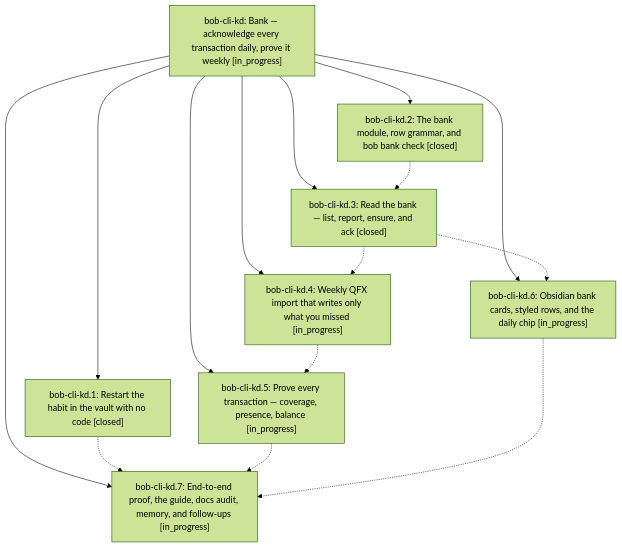
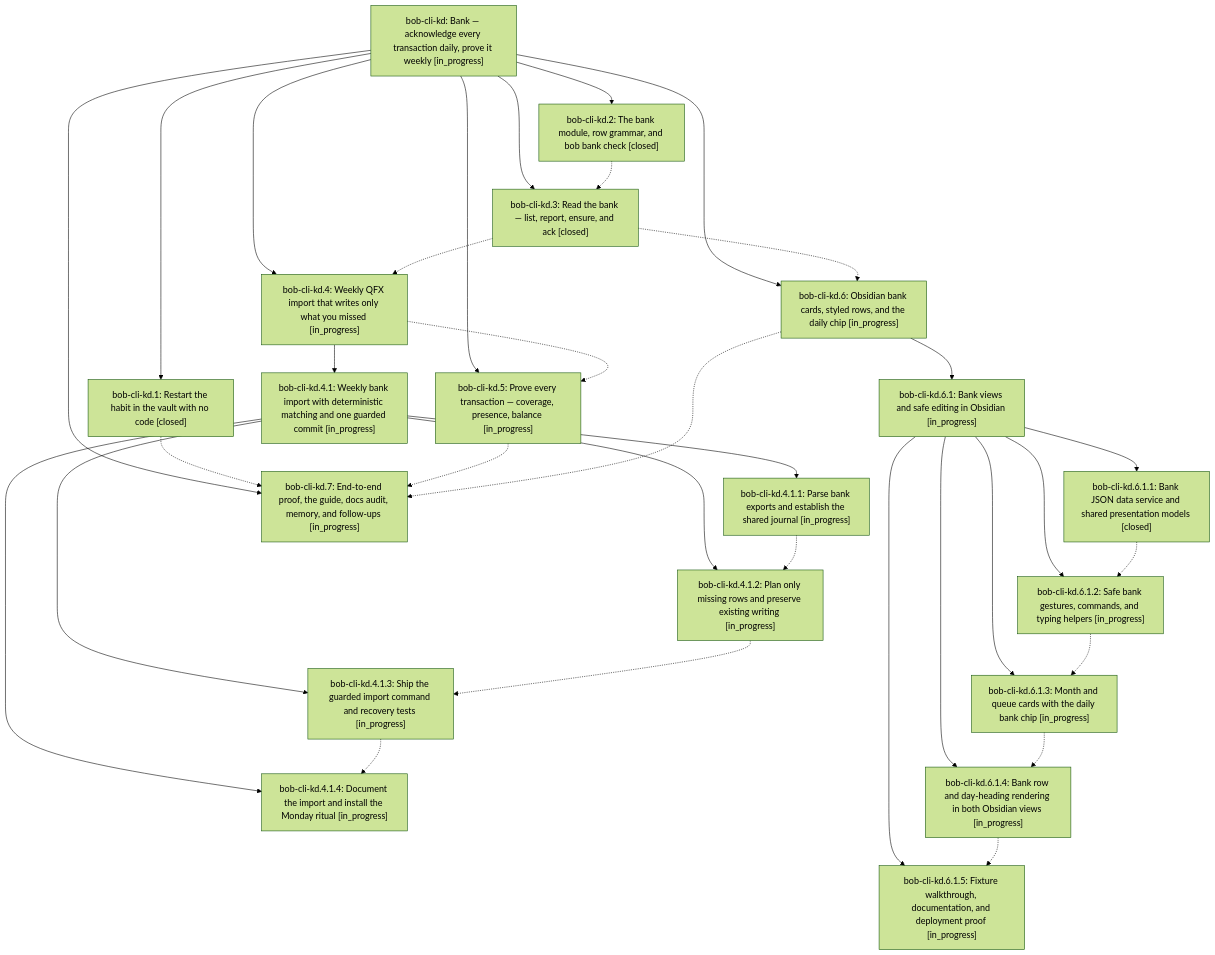
The diagram in pages/bob-cli-kd/README.md (bobs-org/bob-cli--beads), drawn with Mermaid (forest theme) before and after one commit. The commit also changed other lines of this file and 14 other files, not shown here.

First line of the commit message:
chore(beads): sync bead state and pages for bob-cli-kd

````diff
--- a/pages/bob-cli-kd/README.md
+++ b/pages/bob-cli-kd/README.md
@@ -40,25 +42,54 @@
 ```mermaid
 flowchart TD
     n0["bob-cli-kd: Bank — acknowledge every transaction daily, prove it weekly [in_progress]"]
     n1["bob-cli-kd.1: Restart the habit in the vault with no code [closed]"]
     n2["bob-cli-kd.2: The bank module, row grammar, and bob bank check [closed]"]
     n3["bob-cli-kd.3: Read the bank — list, report, ensure, and ack [closed]"]
     n4["bob-cli-kd.4: Weekly QFX import that writes only what you missed [in_progress]"]
-    n5["bob-cli-kd.5: Prove every transaction — coverage, presence, balance [in_progress]"]
-    n6["bob-cli-kd.6: Obsidian bank cards, styled rows, and the daily chip [in_progress]"]
-    n7["bob-cli-kd.7: End-to-end proof, the guide, docs audit, memory, and follow-ups [in_progress]"]
+    n5["bob-cli-kd.4.1: Weekly bank import with deterministic matching and one guarded commit [in_progress]"]
+    n6["bob-cli-kd.4.1.1: Parse bank exports and establish the shared journal [in_progress]"]
+    n7["bob-cli-kd.4.1.2: Plan only missing rows and preserve existing writing [in_progress]"]
+    n8["bob-cli-kd.4.1.3: Ship the guarded import command and recovery tests [in_progress]"]
+    n9["bob-cli-kd.4.1.4: Document the import and install the Monday ritual [in_progress]"]
+    n10["bob-cli-kd.5: Prove every transaction — coverage, presence, balance [in_progress]"]
+    n11["bob-cli-kd.6: Obsidian bank cards, styled rows, and the daily chip [in_progress]"]
+    n12["bob-cli-kd.6.1: Bank views and safe editing in Obsidian [in_progress]"]
+    n13["bob-cli-kd.6.1.1: Bank JSON data service and shared presentation models [closed]"]
+    n14["bob-cli-kd.6.1.2: Safe bank gestures, commands, and typing helpers [in_progress]"]
+    n15["bob-cli-kd.6.1.3: Month and queue cards with the daily bank chip [in_progress]"]
+    n16["bob-cli-kd.6.1.4: Bank row and day-heading rendering in both Obsidian views [in_progress]"]
+    n17["bob-cli-kd.6.1.5: Fixture walkthrough, documentation, and deployment proof [in_progress]"]
+    n18["bob-cli-kd.7: End-to-end proof, the guide, docs audit, memory, and follow-ups [in_progress]"]
     n0 --> n1
     n0 --> n2
     n0 --> n3
     n0 --> n4
-    n0 --> n5
-    n0 --> n6
-    n0 --> n7
-    n1 -.-> n7
+    n4 --> n5
+    n5 --> n6
+    n5 --> n7
+    n5 --> n8
+    n5 --> n9
+    n0 --> n10
+    n0 --> n11
+    n11 --> n12
+    n12 --> n13
+    n12 --> n14
+    n12 --> n15
+    n12 --> n16
+    n12 --> n17
+    n0 --> n18
+    n1 -.-> n18
     n2 -.-> n3
     n3 -.-> n4
-    n3 -.-> n6
-    n4 -.-> n5
-    n5 -.-> n7
+    n3 -.-> n11
+    n4 -.-> n10
     n6 -.-> n7
+    n7 -.-> n8
+    n8 -.-> n9
+    n10 -.-> n18
+    n11 -.-> n18
+    n13 -.-> n14
+    n14 -.-> n15
+    n15 -.-> n16
+    n16 -.-> n17
 ```
````
